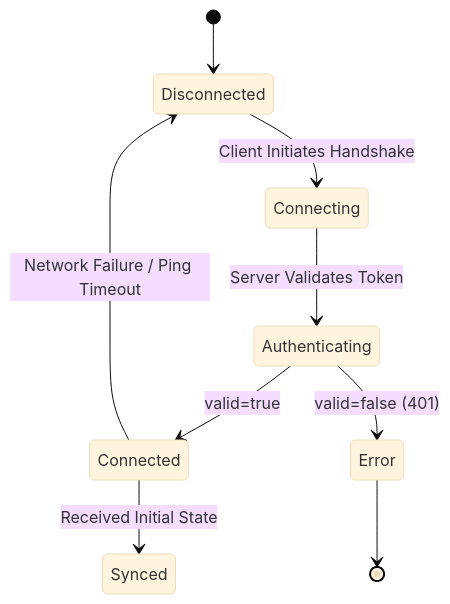
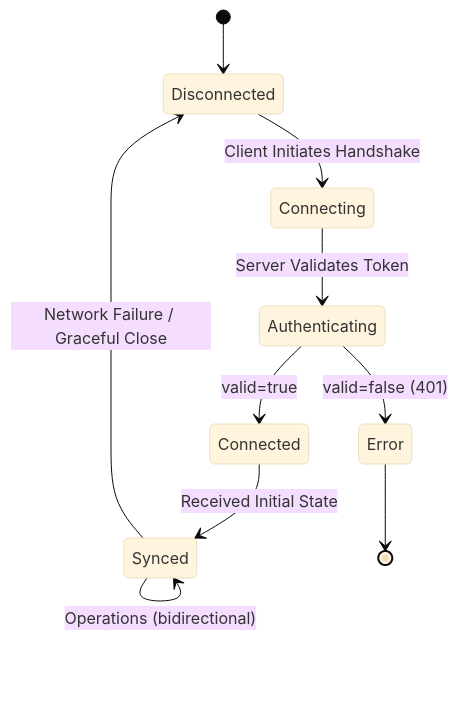
The diagram in etherply-sync-server/SPECIFICATION.md (bneb/etherply), drawn with Mermaid (base theme) before and after one commit. The commit also changed other lines of this file and 19 other files, not shown here.

````diff
--- a/etherply-sync-server/SPECIFICATION.md
+++ b/etherply-sync-server/SPECIFICATION.md
@@ -35,11 +41,12 @@
 ```mermaid
 stateDiagram-v2
     [*] --> Disconnected
     Disconnected --> Connecting: Client Initiates Handshake
     Connecting --> Authenticating: Server Validates Token
     Authenticating --> Connected: valid=true
     Authenticating --> Error: valid=false (401)
     Connected --> Synced: Received Initial State
-    Connected --> Disconnected: Network Failure / Ping Timeout
+    Synced --> Synced: Operations (bidirectional)
+    Synced --> Disconnected: Network Failure / Graceful Close
     Error --> [*]
 ```
````
